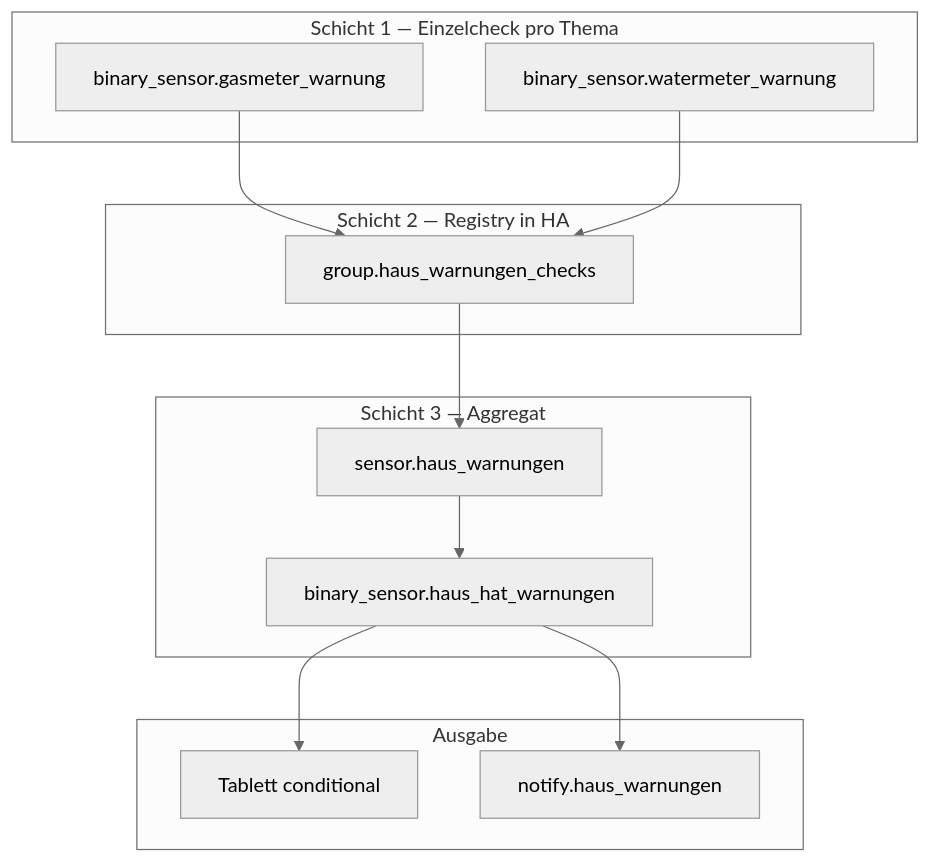
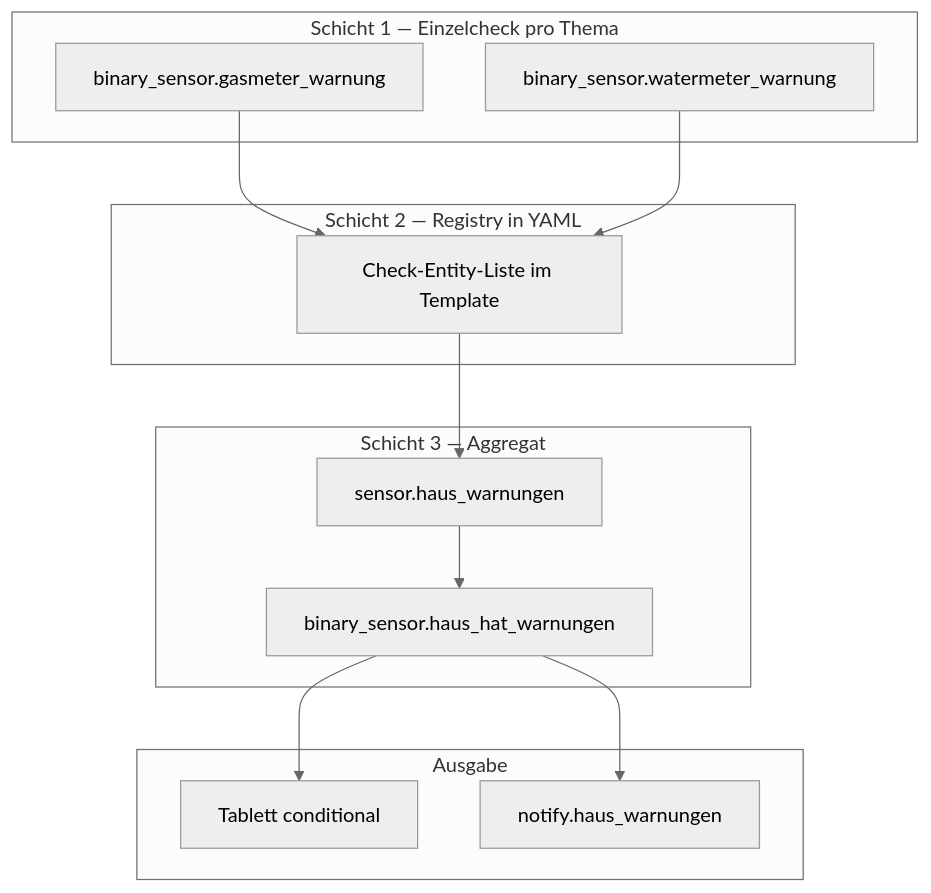
One commit to stefansiegl/homeassistant changed the diagram in docs/haus-warnungen.md. Above: the diagram before and after it, drawn with Mermaid (neutral theme). The commit also changed other lines of this file and 48 other files, not shown here.

````diff
--- a/docs/haus-warnungen.md
+++ b/docs/haus-warnungen.md
@@ -23,24 +25,24 @@
 ```mermaid
 flowchart TB
   subgraph layer1 [Schicht 1 — Einzelcheck pro Thema]
     GW[binary_sensor.gasmeter_warnung]
     WW[binary_sensor.watermeter_warnung]
   end
-  subgraph layer2 [Schicht 2 — Registry in HA]
-    GRP[group.haus_warnungen_checks]
+  subgraph layer2 [Schicht 2 — Registry in YAML]
+    GRP[Check-Entity-Liste im Template]
   end
   subgraph layer3 [Schicht 3 — Aggregat]
     SW[sensor.haus_warnungen]
     BH[binary_sensor.haus_hat_warnungen]
   end
   subgraph out [Ausgabe]
     TAB[Tablett conditional]
     PUSH[notify.haus_warnungen]
   end
   GW --> GRP
   WW --> GRP
   GRP --> SW
   SW --> BH
   BH --> TAB
   BH --> PUSH
 ```
````
